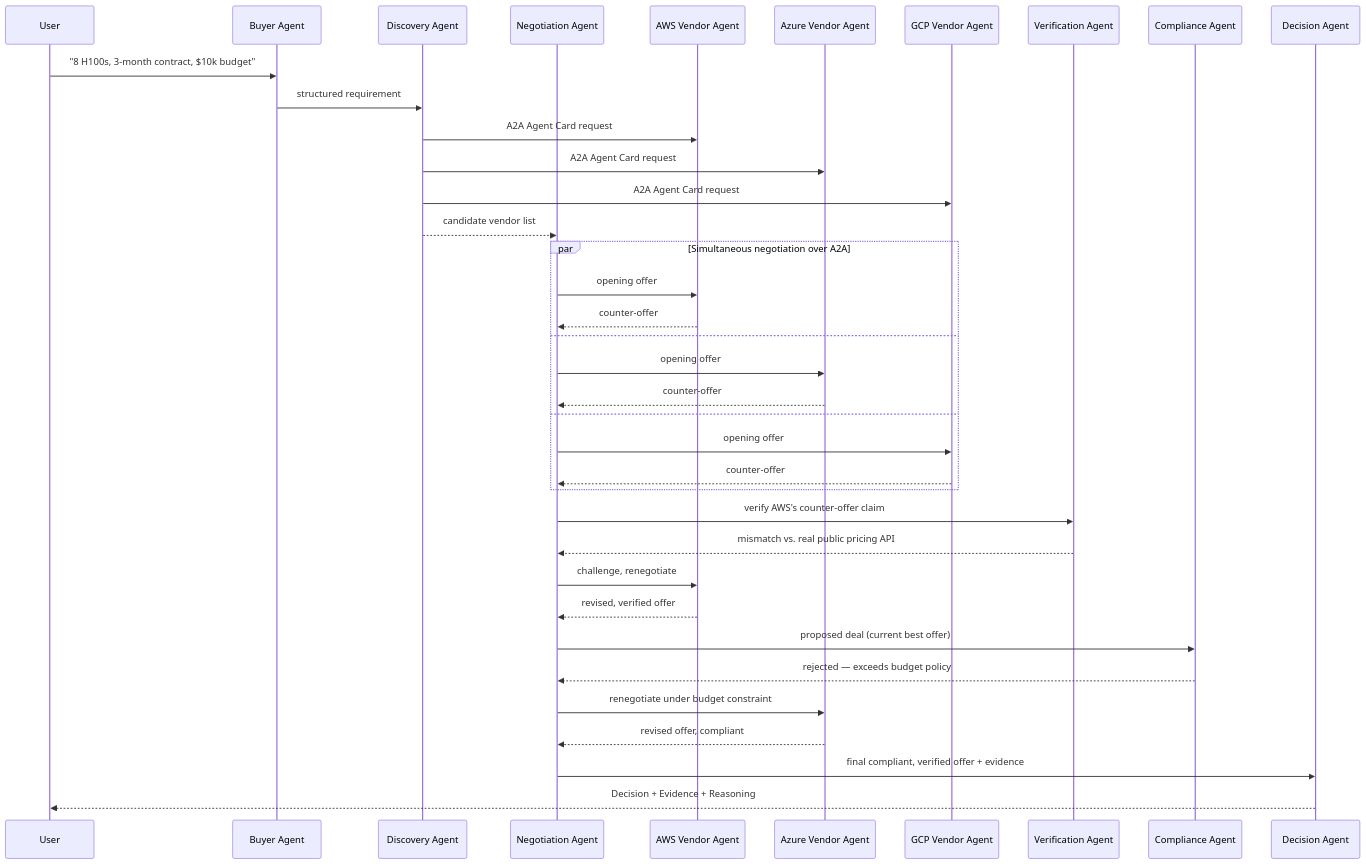
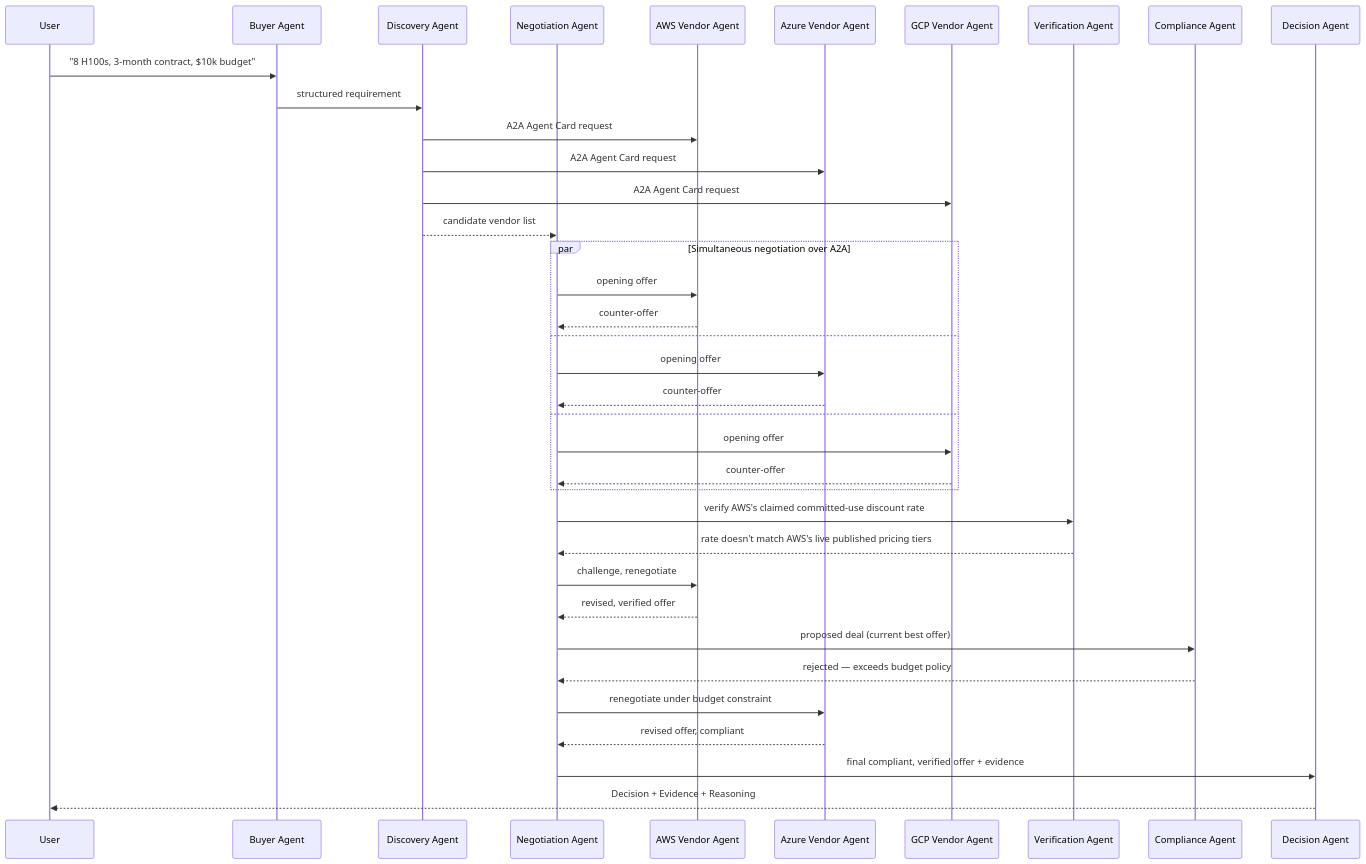
The third of 4 diagrams in docs/ARCHITECTURE.md (maha-rk/pact), drawn with Mermaid before and after one commit. The commit also changed other lines of this file and 1 other file, not shown here.

Commit message:
Strengthen PRD and architecture: Google stack, positioning, demo scenario
- Name every Google technology explicitly (Gemini, Gemma, ADK, Vertex AI,
  Cloud Run, BigQuery, AI Studio, Antigravity) with its specific role,
  replacing generic descriptions
- Add canonical pitch quote, elevated Agent Commerce Network vision, and
  a Geoffrey Moore-style positioning statement naming SAP Ariba/Coupa
- Add FR-10 (negotiation replay UI) and a Key UI Surfaces subsection
- Add a Flagship Demonstration Scenario with Gherkin acceptance criteria,
  tied directly to the ARCHITECTURE.md sequence diagram
- Disclose explicitly that Pact's team operates all Vendor Agents as
  separate A2A services wrapping real provider pricing data, with a
  matching non-claim that AWS/Microsoft/Google do not operate or endorse
  them
- Consolidate all inline assumptions/open questions into one log
- Fix a logical inconsistency in the AWS claim-verification scenario
  (claimed negotiation rate vs. live published pricing, not an API
  contradicting itself) in both PRD and ARCHITECTURE.md

````diff
--- a/docs/ARCHITECTURE.md
+++ b/docs/ARCHITECTURE.md
@@ -69,44 +70,44 @@
 ```mermaid
 sequenceDiagram
     participant U as User
     participant B as Buyer Agent
     participant D as Discovery Agent
     participant N as Negotiation Agent
     participant AWS as AWS Vendor Agent
     participant AZ as Azure Vendor Agent
     participant GCP as GCP Vendor Agent
     participant V as Verification Agent
     participant C as Compliance Agent
     participant Dec as Decision Agent
 
     U->>B: "8 H100s, 3-month contract, $10k budget"
     B->>D: structured requirement
     D->>AWS: A2A Agent Card request
     D->>AZ: A2A Agent Card request
     D->>GCP: A2A Agent Card request
     D-->>N: candidate vendor list
 
     par Simultaneous negotiation over A2A
         N->>AWS: opening offer
         AWS-->>N: counter-offer
     and
         N->>AZ: opening offer
         AZ-->>N: counter-offer
     and
         N->>GCP: opening offer
         GCP-->>N: counter-offer
     end
 
-    N->>V: verify AWS's counter-offer claim
-    V-->>N: mismatch vs. real public pricing API
+    N->>V: verify AWS's claimed committed-use discount rate
+    V-->>N: rate doesn't match AWS's live published pricing tiers
     N->>AWS: challenge, renegotiate
     AWS-->>N: revised, verified offer
 
     N->>C: proposed deal (current best offer)
     C-->>N: rejected — exceeds budget policy
     N->>AZ: renegotiate under budget constraint
     AZ-->>N: revised offer, compliant
 
     N->>Dec: final compliant, verified offer + evidence
     Dec-->>U: Decision + Evidence + Reasoning
 ```
````
